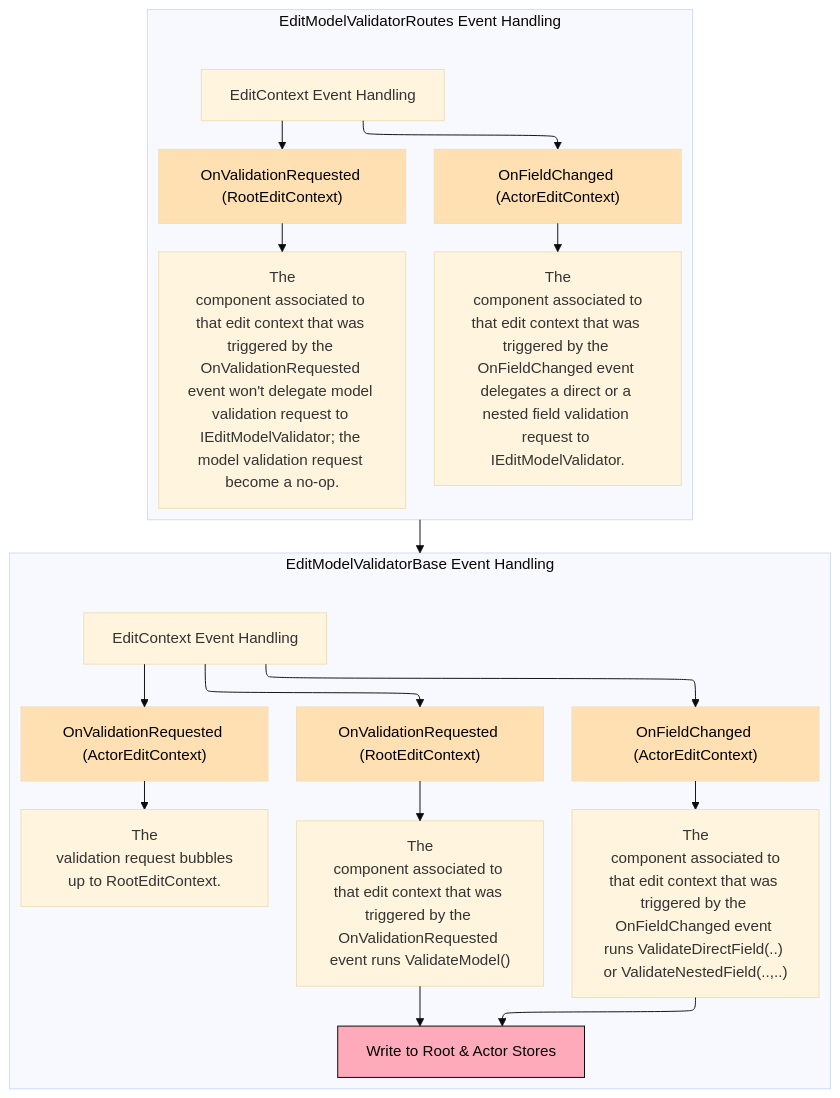
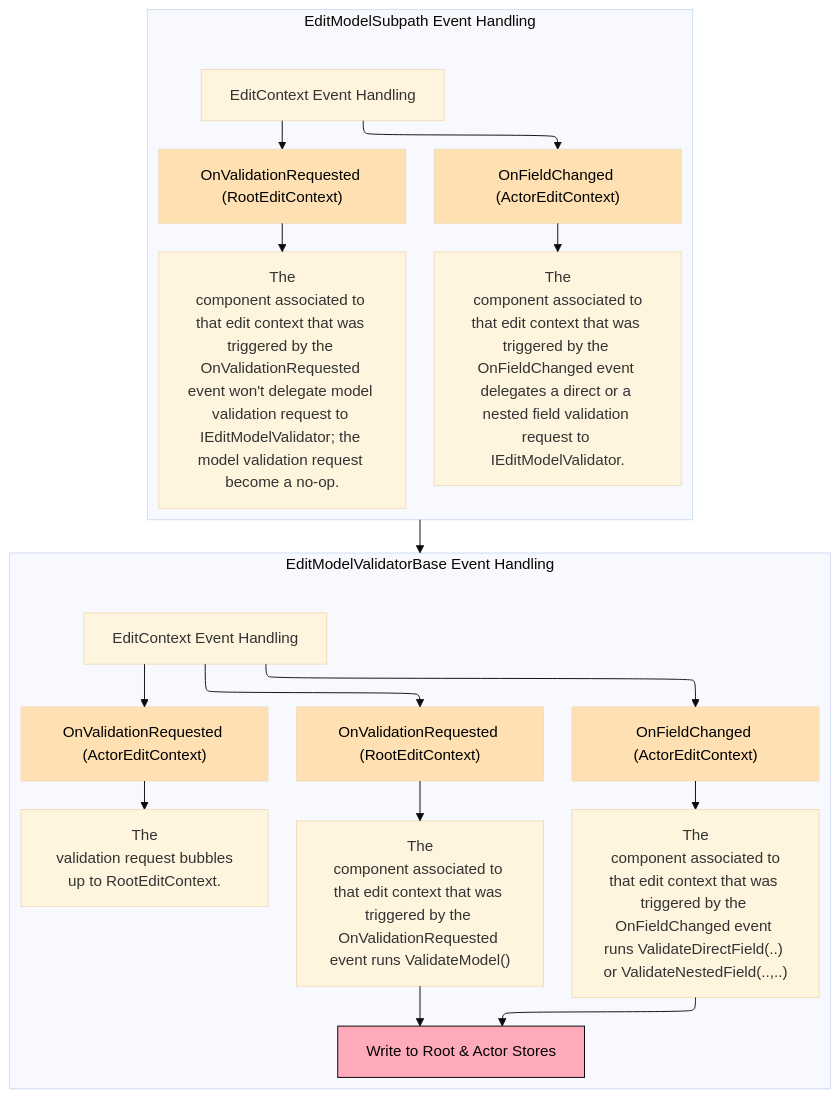
The second of 2 diagrams in src/Tenekon.FluentValidation.Extensions.AspNetCore.Components/FLOWLOGIC.md (tenekon/Tenekon.FluentValidation.Extensions), drawn with Mermaid before and after one commit. The commit also changed other lines of this file and 13 other files, not shown here.

First line of the commit message:
feat!: rename EditModelRoutes to EditModelSubpath

````diff
--- a/src/Tenekon.FluentValidation.Extensions.AspNetCore.Components/FLOWLOGIC.md
+++ b/src/Tenekon.FluentValidation.Extensions.AspNetCore.Components/FLOWLOGIC.md
@@ -145,60 +145,60 @@
 ```mermaid
 ---
 config:
   layout: elk
   theme: base
   look: classic
 ---
 flowchart TD
- subgraph s8["EditModelValidatorRoutes Event Handling"]
+ subgraph s8["EditModelSubpath Event Handling"]
         n16["OnValidationRequested (RootEditContext)"]
         n17@{ label: "<span style=\"padding-left:\">The\n component associated to that edit context that was triggered by the \nOnValidationRequested event won't delegate model validation request to \nIEditModelValidator; the model validation request become a no-op.</span>" }
         n18["OnFieldChanged (ActorEditContext)"]
         n19["The
  component associated to that edit context that was triggered by the 
 OnFieldChanged event delegates a direct or a nested field validation request to IEditModelValidator."]
         n20["EditContext Event Handling"]
   end
  subgraph s9["EditModelValidatorBase Event Handling"]
         n21["OnValidationRequested (ActorEditContext)"]
         n22["The
  validation request bubbles up to RootEditContext."]
         n23["Write to Root & Actor Stores"]
         n24["OnFieldChanged (ActorEditContext)"]
         n25["The
  component associated to that edit context that was triggered by the 
 OnFieldChanged event runs ValidateDirectField(..) or ValidateNestedField(..,..)"]
         n32["OnValidationRequested (RootEditContext)"]
         n33@{ label: "<span style=\"padding-left:\">The\n component associated to that edit context that was triggered by the \nOnValidationRequested event runs ValidateModel()</span>" }
         n34["EditContext Event Handling"]
   end
     n16 --> n17
     n18 --> n19
     n20 --> n18 & n16
     n21 --> n22
     n24 --> n25
     n25 --> n23
     n32 --> n33
     n33 --> n23
     n34 --> n21 & n24 & n32
     s8 --> s9
     n16@{ shape: rect}
     n17@{ shape: rect}
     n18@{ shape: rect}
     n19@{ shape: rect}
     n20@{ shape: rect}
     n21@{ shape: rect}
     n22@{ shape: rect}
     n23@{ shape: rect}
     n24@{ shape: rect}
     n25@{ shape: rect}
     n32@{ shape: rect}
     n33@{ shape: rect}
     n34@{ shape: rect}
     style n16 fill:#FFE0B2,color:#000000
     style n18 fill:#FFE0B2,color:#000000
     style n21 fill:#FFE0B2,color:#000000
     style n23 fill:#fab,stroke:#000,stroke-width:1px,color:#000000
     style n24 fill:#FFE0B2,color:#000000
     style n32 fill:#FFE0B2,color:#000000
 ```
````
